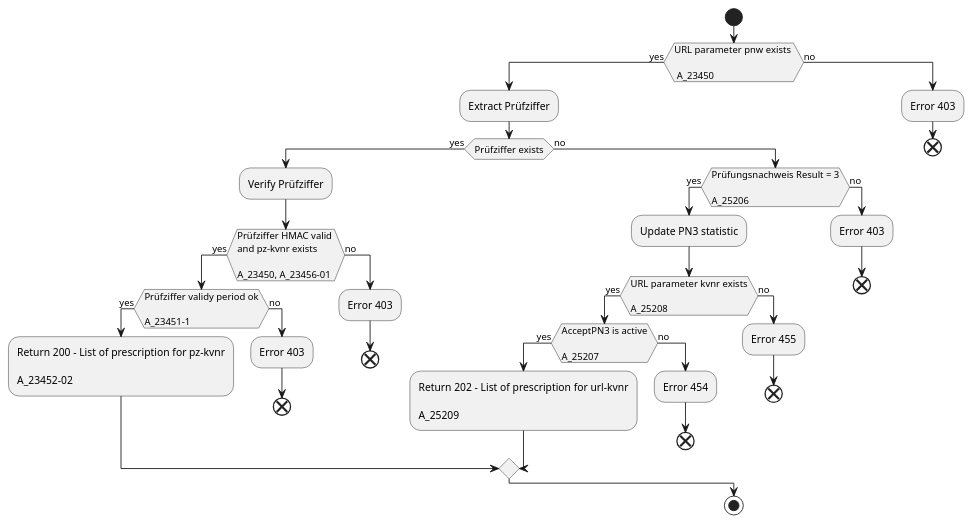
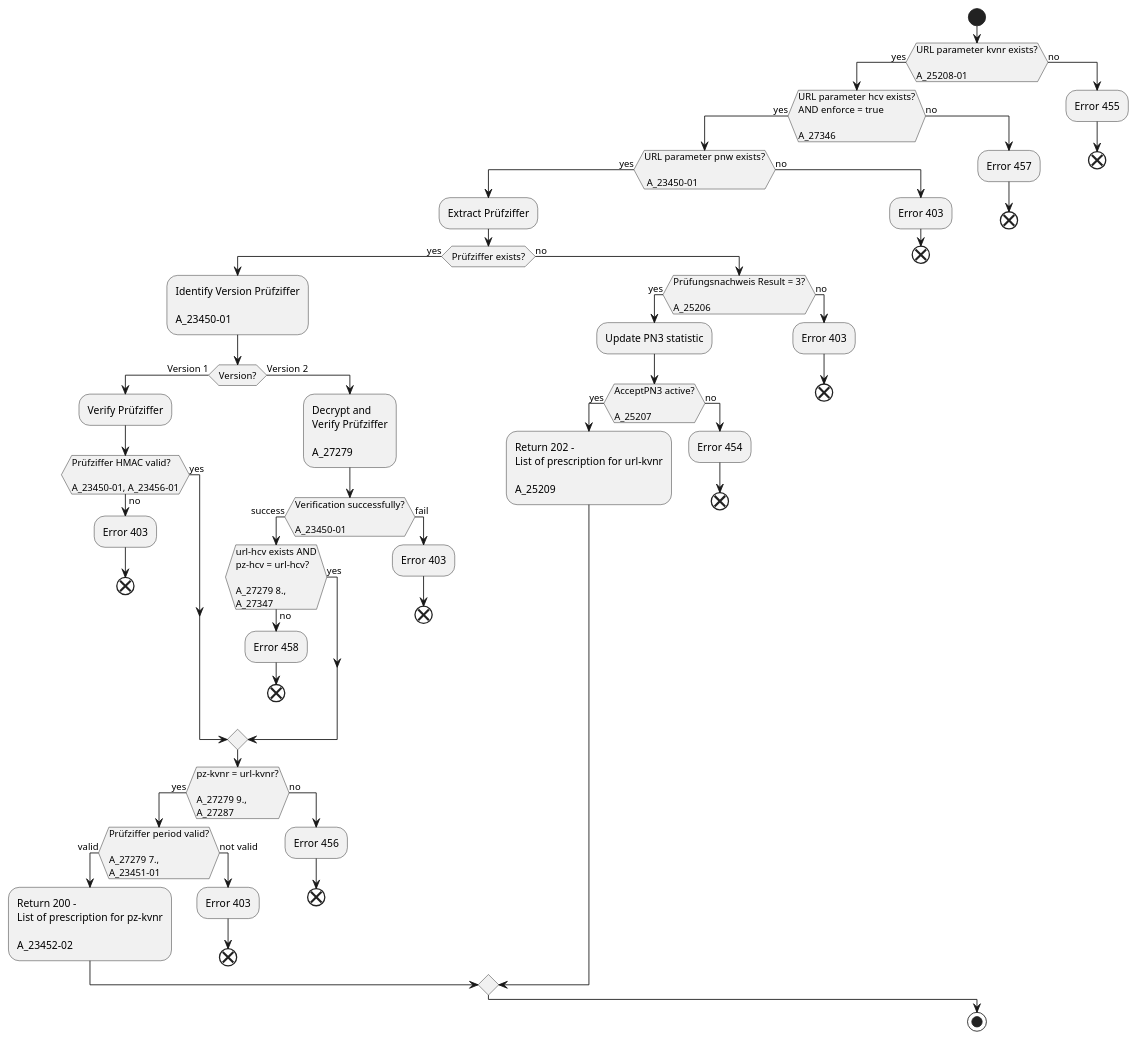
Before and after one commit to gematik/api-erp: the diagram in puml/pn3_decision_tree.puml, drawn with PlantUML. The commit also changed 1 other file, not shown here.

```diff
--- a/puml/pn3_decision_tree.puml
+++ b/puml/pn3_decision_tree.puml
@@ -1,46 +1,72 @@
 @startuml
-
 start
 
-if(URL parameter pnw exists \n\n A_23450) then (yes)
+if(URL parameter kvnr exists?\n\nA_25208-01) then (yes)
+if(URL parameter hcv exists?\nAND enforce = true\n\nA_27346) then (yes)
+if(URL parameter pnw exists?\n\n A_23450-01) then (yes)
   :Extract Prüfziffer;
-  if(Prüfziffer exists) then (yes)
-    :Verify Prüfziffer;
-    if(Prüfziffer HMAC valid \nand pz-kvnr exists\n\nA_23450, A_23456-01) then (yes)
-      if(Prüfziffer validy period ok\n\nA_23451-1) then (yes)
-        :Return 200 - List of prescription for pz-kvnr\n\nA_23452-02;
+  if(Prüfziffer exists?) then (yes)
+    :Identify Version Prüfziffer\n\nA_23450-01;
+    if(Version?) then (Version 1)
+      :Verify Prüfziffer; 
+      if(Prüfziffer HMAC valid?\n\nA_23450-01, A_23456-01) then (yes)
       else (no)
         :Error 403;
         end
       endif
+    else (Version 2)
+        :Decrypt and \nVerify Prüfziffer\n\nA_27279;
+        if(Verification successfully?\n\nA_23450-01) then (success)
+          if(url-hcv exists AND\npz-hcv = url-hcv?\n\nA_27279 8.,\nA_27347) then (yes)
+          else (no)
+            :Error 458;
+            end
+          endif
+        else (fail)
+          :Error 403;
+          end
+        endif
+    endif
+    if(pz-kvnr = url-kvnr?\n\nA_27279 9.,\nA_27287) then (yes)
+      if(Prüfziffer period valid?\n\nA_27279 7.,\nA_23451-01) then (valid)
+        :Return 200 - \nList of prescription for pz-kvnr\n\nA_23452-02;
+      else (not valid)
+        :Error 403;
+        end
+      endif
     else (no)
-      :Error 403;
+      :Error 456;
       end
     endif
+      
   else (no)
-    if(Prüfungsnachweis Result = 3\n\nA_25206) then (yes)
+    if(Prüfungsnachweis Result = 3?\n\nA_25206) then (yes)
       :Update PN3 statistic;
-      if(URL parameter kvnr exists\n\nA_25208) then (yes)
-        if(AcceptPN3 is active\n\nA_25207) then (yes)
-          :Return 202 - List of prescription for url-kvnr\n\nA_25209;
+
+        if(AcceptPN3 active?\n\nA_25207) then (yes)
+          :Return 202 - \nList of prescription for url-kvnr\n\nA_25209;
         else (no)
           :Error 454;
           end
         endif
-	  else (no)
-        :Error 455;
-        end
-	  endif 
+
     else (no)
       :Error 403;
       end
     endif
   endif
 else (no)
   :Error 403;
   end
 endif
+else (no)
+  :Error 457;
+  end
+endif
+else (no)
+  :Error 455;
+  end
+endif
 
 stop
-
 @enduml
```
